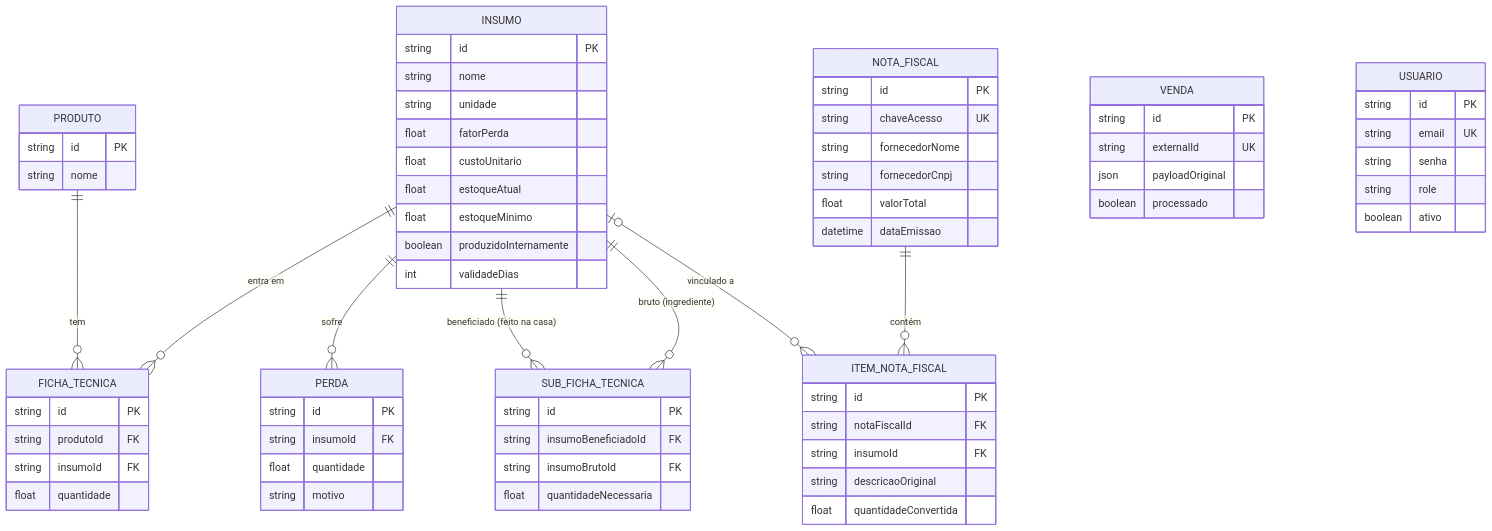
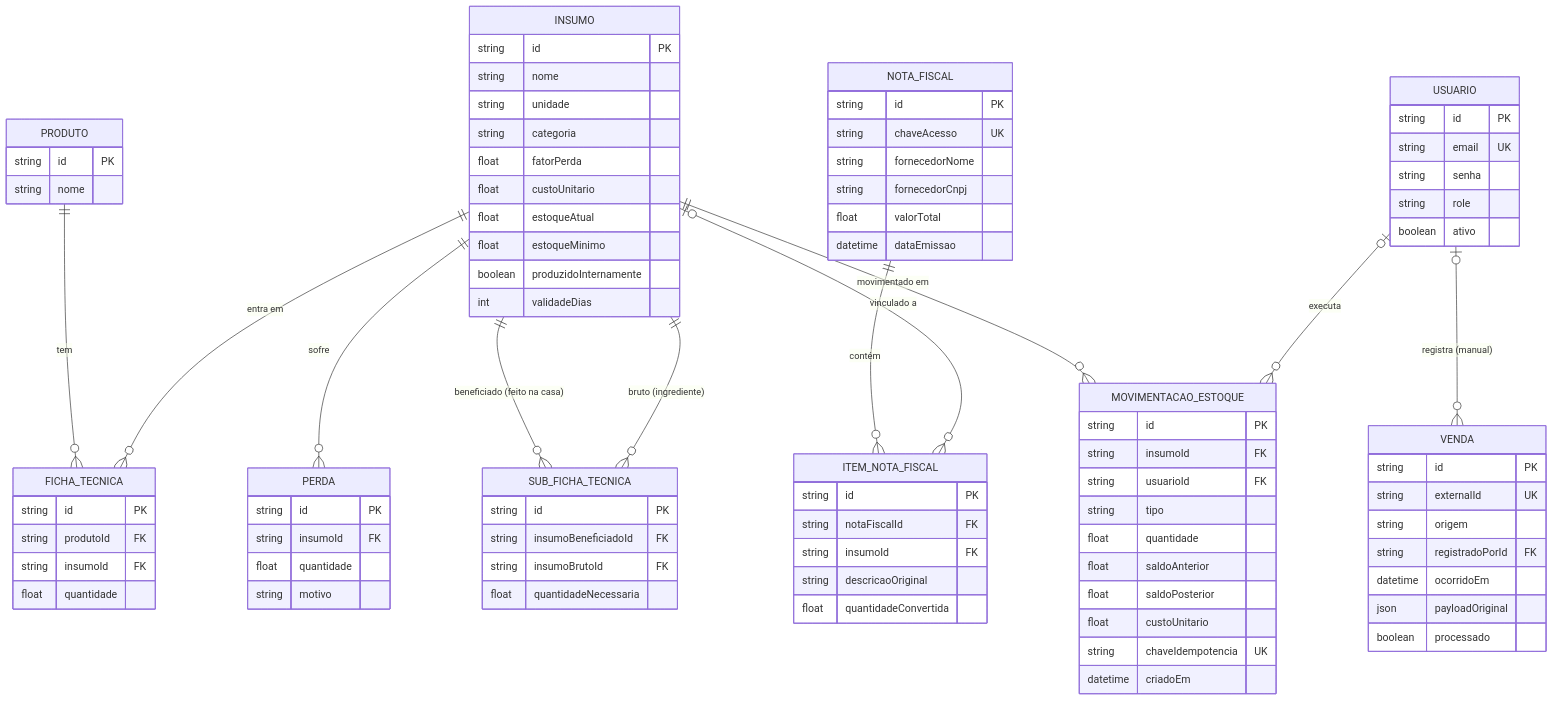
One commit to luxuz24/burguer_house changed the third of 8 diagrams in docs/arquitetura.md. Above: the diagram before and after it, drawn with Mermaid. The commit also changed other lines of this file and 6 other files, not shown here.

Commit message:
docs(db): documentar schema da Fase 2, reversao, premissas e tarefas da Fase 3

````diff
--- a/docs/arquitetura.md
+++ b/docs/arquitetura.md
@@ -79,11 +79,15 @@
     INSUMO ||--o{ SUB_FICHA_TECNICA : "bruto (ingrediente)"
     NOTA_FISCAL ||--o{ ITEM_NOTA_FISCAL : "contém"
     INSUMO |o--o{ ITEM_NOTA_FISCAL : "vinculado a"
+    USUARIO |o--o{ VENDA : "registra (manual)"
+    INSUMO ||--o{ MOVIMENTACAO_ESTOQUE : "movimentado em"
+    USUARIO |o--o{ MOVIMENTACAO_ESTOQUE : "executa"
 
     INSUMO {
         string id PK
         string nome
         string unidade
+        string categoria
         float fatorPerda
         float custoUnitario
         float estoqueAtual
@@ -131,6 +135,9 @@
     VENDA {
         string id PK
         string externalId UK
+        string origem
+        string registradoPorId FK
+        datetime ocorridoEm
         json payloadOriginal
         boolean processado
     }
@@ -141,4 +148,16 @@
         string role
         boolean ativo
     }
+    MOVIMENTACAO_ESTOQUE {
+        string id PK
+        string insumoId FK
+        string usuarioId FK
+        string tipo
+        float quantidade
+        float saldoAnterior
+        float saldoPosterior
+        float custoUnitario
+        string chaveIdempotencia UK
+        datetime criadoEm
+    }
 ```
````
